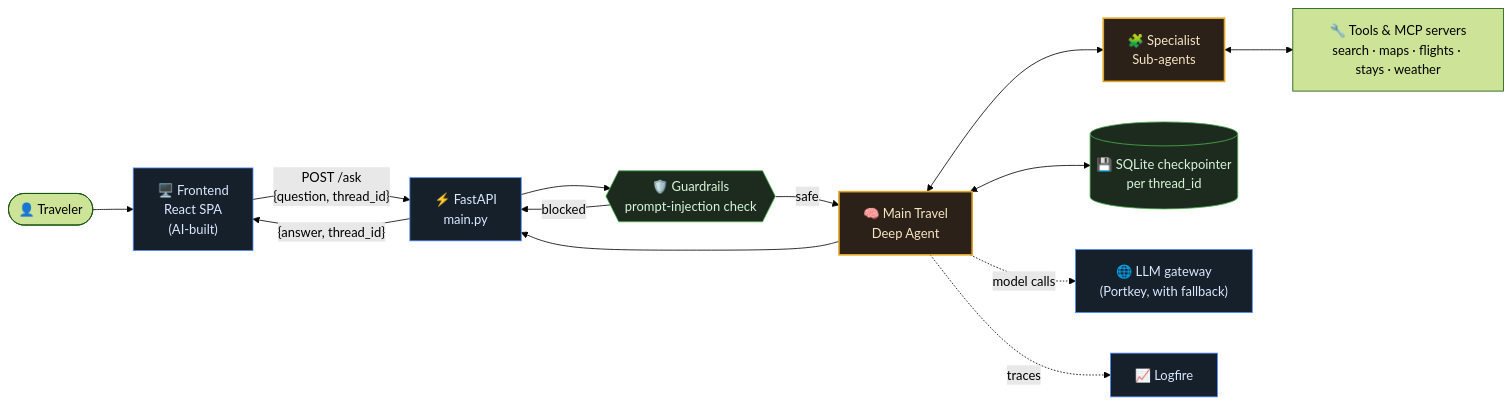
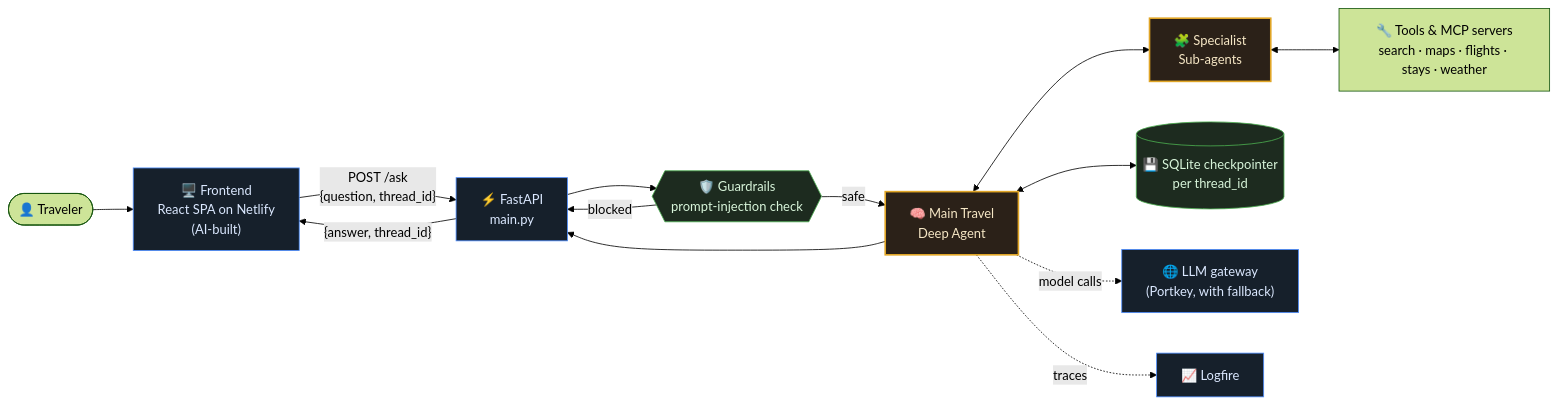
One commit to yadavnitesh86/Waynora changed the first of 6 diagrams in README.md. Above: the diagram before and after it, drawn with Mermaid (forest theme). The commit also changed other lines of this file, not shown here.

````diff
--- a/README.md
+++ b/README.md
@@ -52,22 +55,22 @@
 ```mermaid
 flowchart LR
-    U(["👤 Traveler"]) --> FE["🖥️ Frontend<br/>React SPA<br/>(AI-built)"]
+    U(["👤 Traveler"]) --> FE["🖥️ Frontend<br/>React SPA on Netlify<br/>(AI-built)"]
     FE -- "POST /ask<br/>{question, thread_id}" --> API["⚡ FastAPI<br/>main.py"]
     API --> G{{"🛡️ Guardrails<br/>prompt-injection check"}}
     G -- safe --> DA["🧠 Main Travel<br/>Deep Agent"]
     G -- blocked --> API
     DA <--> SA["🧩 Specialist<br/>Sub-agents"]
     SA <--> T["🔧 Tools & MCP servers<br/>search · maps · flights · stays · weather"]
     DA <--> CP[("💾 SQLite checkpointer<br/>per thread_id")]
     DA -. "model calls" .-> GW["🌐 LLM gateway<br/>(Portkey, with fallback)"]
     DA -. traces .-> LF["📈 Logfire"]
     DA --> API
     API -- "{answer, thread_id}" --> FE
 
     classDef core fill:#2b2118,stroke:#e0a526,color:#f5e6c4,stroke-width:2px;
     classDef edge fill:#16202b,stroke:#4c8dff,color:#dbe8ff;
     classDef safe fill:#1d2b1f,stroke:#4caf50,color:#d8f5da;
     class DA,SA core;
     class FE,API,GW,LF edge;
     class G,CP safe;
 ```
````
